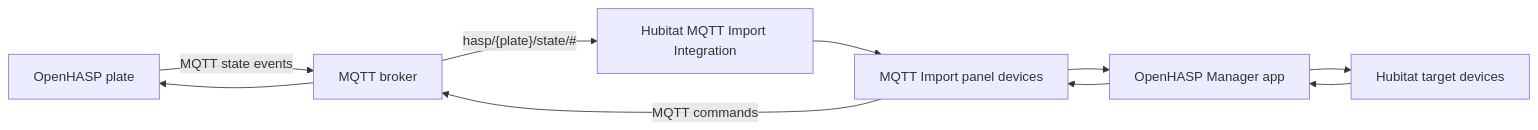
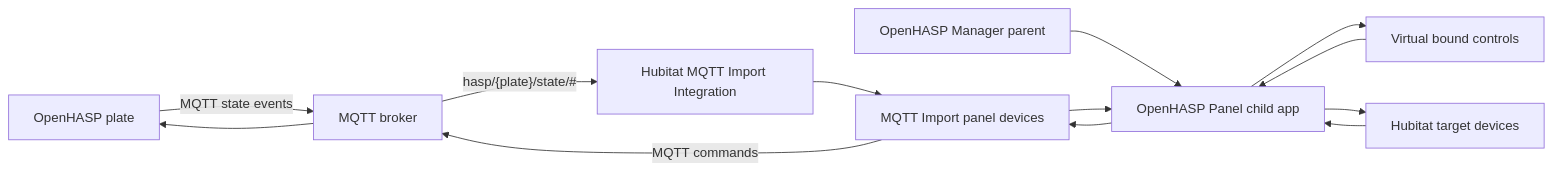
Before and after one commit to NichUK/Hubitat-OpenHASP: the diagram in docs/developer.md, drawn with Mermaid. The commit also changed other lines of this file and 6 other files, not shown here.

Commit message:
Add panel child app mappings

````diff
--- a/docs/developer.md
+++ b/docs/developer.md
@@ -9,12 +9,15 @@
 ```mermaid
 flowchart LR
     OpenHASP["OpenHASP plate"] -->|"MQTT state events"| Broker["MQTT broker"]
     Broker -->|"hasp/{plate}/state/#"| Import["Hubitat MQTT Import Integration"]
     Import --> PanelDevices["MQTT Import panel devices"]
-    PanelDevices --> Manager["OpenHASP Manager app"]
-    Manager --> Targets["Hubitat target devices"]
-    Targets --> Manager
-    Manager --> PanelDevices
+    Manager["OpenHASP Manager parent"] --> Panel["OpenHASP Panel child app"]
+    PanelDevices --> Panel
+    Panel --> Controls["Virtual bound controls"]
+    Controls --> Panel
+    Panel --> Targets["Hubitat target devices"]
+    Targets --> Panel
+    Panel --> PanelDevices
     PanelDevices -->|"MQTT commands"| Broker
     Broker --> OpenHASP
 ```
````
